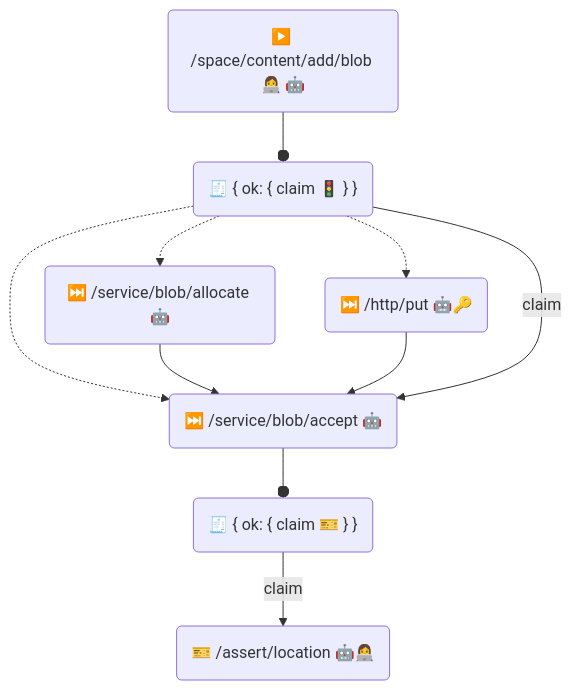
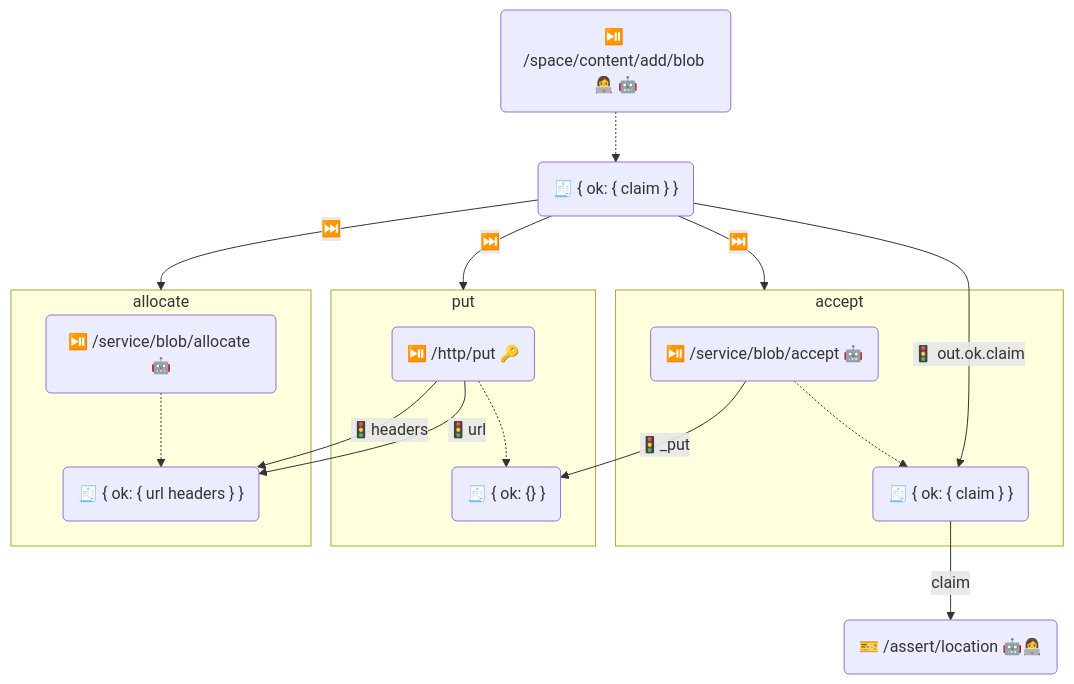
Before and after one commit to storacha/specs: the diagram in w3-blob.md, drawn with Mermaid. The commit also changed other lines of this file, not shown here.

````diff
--- a/w3-blob.md
+++ b/w3-blob.md
@@ -56,28 +56,47 @@
 ```mermaid
 flowchart TB
-Add("▶️ /space/content/add/blob 👩‍💻 🤖")
+Add("⏯️ /space/content/add/blob 👩‍💻 🤖")
+AddOk("🧾 { ok: { claim } }")
 
-Added("🧾 { ok: { claim 🚦 } }")
 
-Allocate("⏭️ /service/blob/allocate 🤖")
+subgraph accept
+Accept("⏯️ /service/blob/accept 🤖")
+AcceptOk("🧾 { ok: { claim } }")
+end
 
-Put("⏭️ /http/put 🤖🔑")
+subgraph put
+Put("⏯️ /http/put 🔑")
+PutOk("🧾 { ok: {} }")
+end
 
-Accept("⏭️ /service/blob/accept 🤖")
 
-Accepted("🧾 { ok: { claim 🎫 } }")
-
+subgraph allocate
+Allocate("⏯️ /service/blob/allocate 🤖")
+AllocateOk("🧾 { ok: { url headers } }")
+end
 
 Claim("🎫 /assert/location 🤖👩‍💻")
 
-Add --o Added
-Added -.-> Allocate
-Added -.-> Accept
-Added -.-> Put
-Allocate --> Accept
 
-Put --> Accept
-Accept --o Accepted
-Accepted -- claim --> Claim
-Added -- claim --> Accept
+
+Add -.-> AddOk
+AddOk -- ⏭️ --> allocate
+AddOk -- ⏭️ --> put
+AddOk -- ⏭️ --> accept
+AddOk -- 🚦 out.ok.claim --> AcceptOk
+
+
+
+Allocate -.-> AllocateOk
+
+Put -- 🚦url --> AllocateOk
+Put -- 🚦headers --> AllocateOk
+
+Put -.-> PutOk
+
+
+
+Accept -- 🚦_put --> PutOk
+Accept -.-> AcceptOk
+AcceptOk -- claim --> Claim
 ```
````
